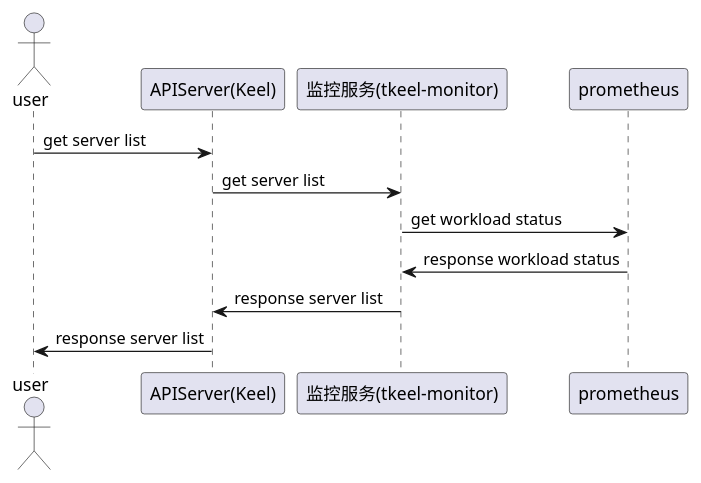
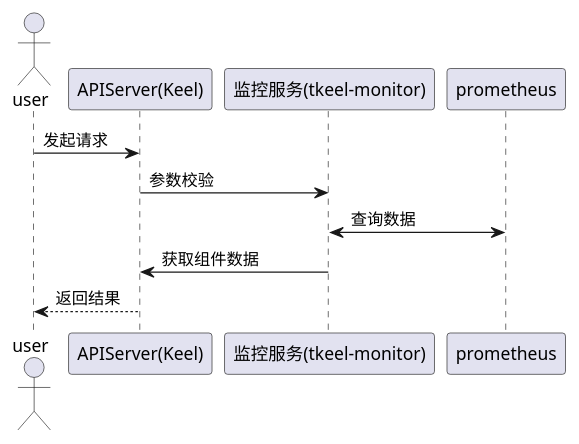
The first of 2 diagrams in docs/api/appendix/plantuml/server-monitor.md (tkeel-io/docs), drawn with PlantUML before and after one commit. The commit also changed other lines of this file and 2 other files, not shown here.

````diff
--- a/docs/api/appendix/plantuml/server-monitor.md
+++ b/docs/api/appendix/plantuml/server-monitor.md
@@ -5,13 +5,15 @@
 ```plantuml
+@startuml
 actor user
 participant "APIServer(Keel)"  as keel
 participant “监控服务(tkeel-monitor)” as tkeelMmonitor
 participant prometheus
 
-user->keel: get server list
-keel->tkeelMmonitor: get server list
-tkeelMmonitor->prometheus: get workload status
-prometheus->tkeelMmonitor: response workload status
-tkeelMmonitor->keel: response server list
-keel->user: response server list
+user->keel: 发起请求
+keel->tkeelMmonitor: 参数校验
+tkeelMmonitor<->prometheus: 查询数据
+tkeelMmonitor->keel: 获取组件数据
+keel-->user: 返回结果
+@enduml
+
 ```
````
